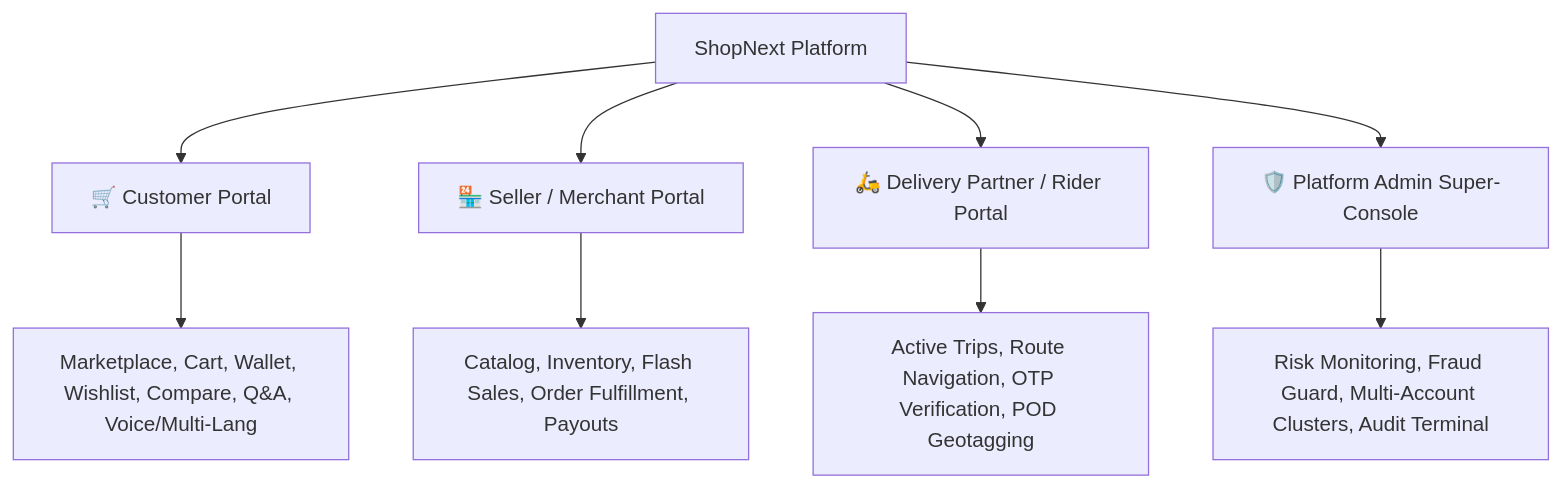
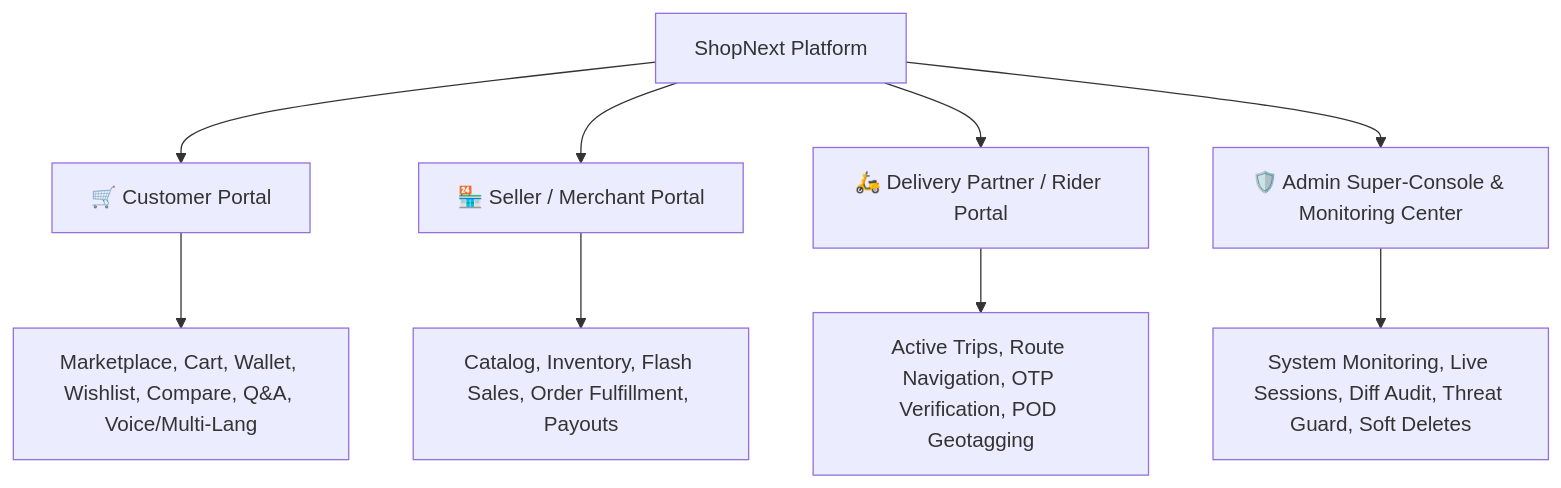
The diagram in ShopNext/README.md (pra2011shant/ShopNext), drawn with Mermaid before and after one commit. The commit also changed other lines of this file and 2 other files, not shown here.

Commit message:
docs: Update README, WORKFLOW, and handover_guide with complete 41 tables, 40 SPs, and System Monitoring Center

````diff
--- a/ShopNext/README.md
+++ b/ShopNext/README.md
@@ -46,12 +58,12 @@
 ```mermaid
 graph TD
     A[ShopNext Platform] --> B[🛒 Customer Portal]
     A --> C[🏪 Seller / Merchant Portal]
     A --> D[🛵 Delivery Partner / Rider Portal]
-    A --> E[🛡️ Platform Admin Super-Console]
+    A --> E[🛡️ Admin Super-Console & Monitoring Center]
 
     B --> B1[Marketplace, Cart, Wallet, Wishlist, Compare, Q&A, Voice/Multi-Lang]
     C --> C1[Catalog, Inventory, Flash Sales, Order Fulfillment, Payouts]
     D --> D1[Active Trips, Route Navigation, OTP Verification, POD Geotagging]
-    E --> E1[Risk Monitoring, Fraud Guard, Multi-Account Clusters, Audit Terminal]
+    E --> E1[System Monitoring, Live Sessions, Diff Audit, Threat Guard, Soft Deletes]
 ```
````
